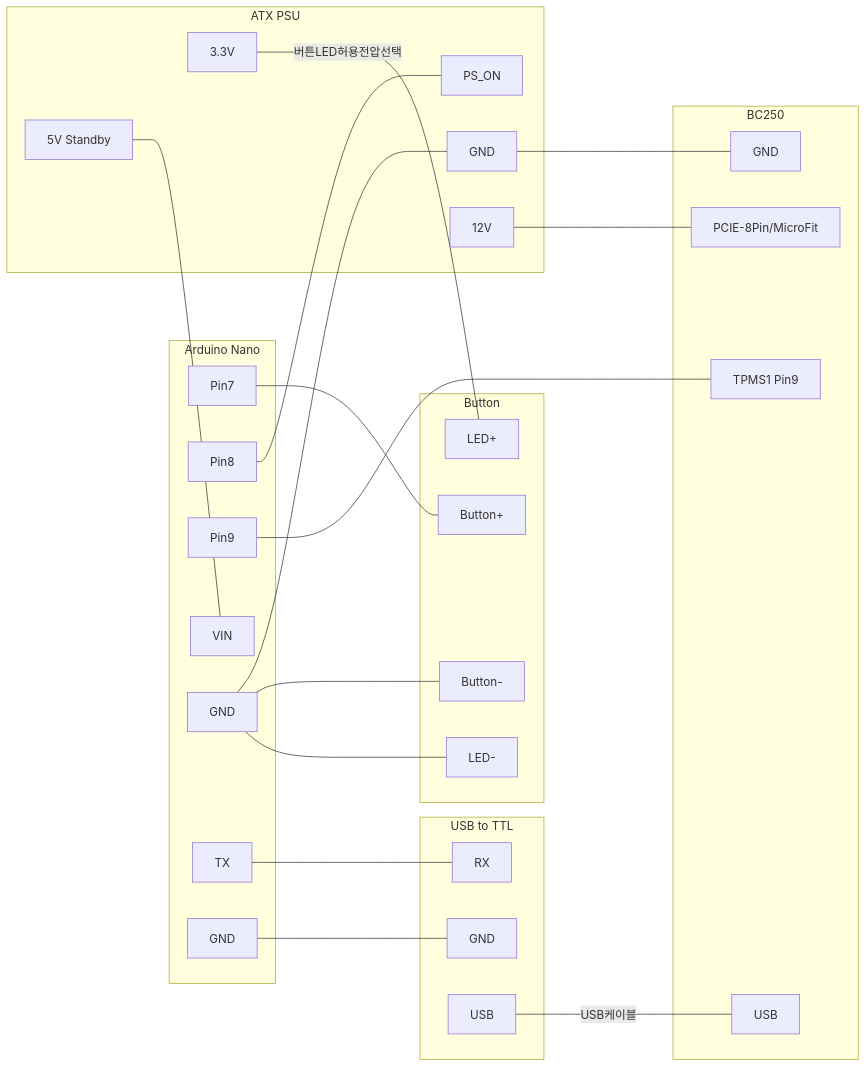
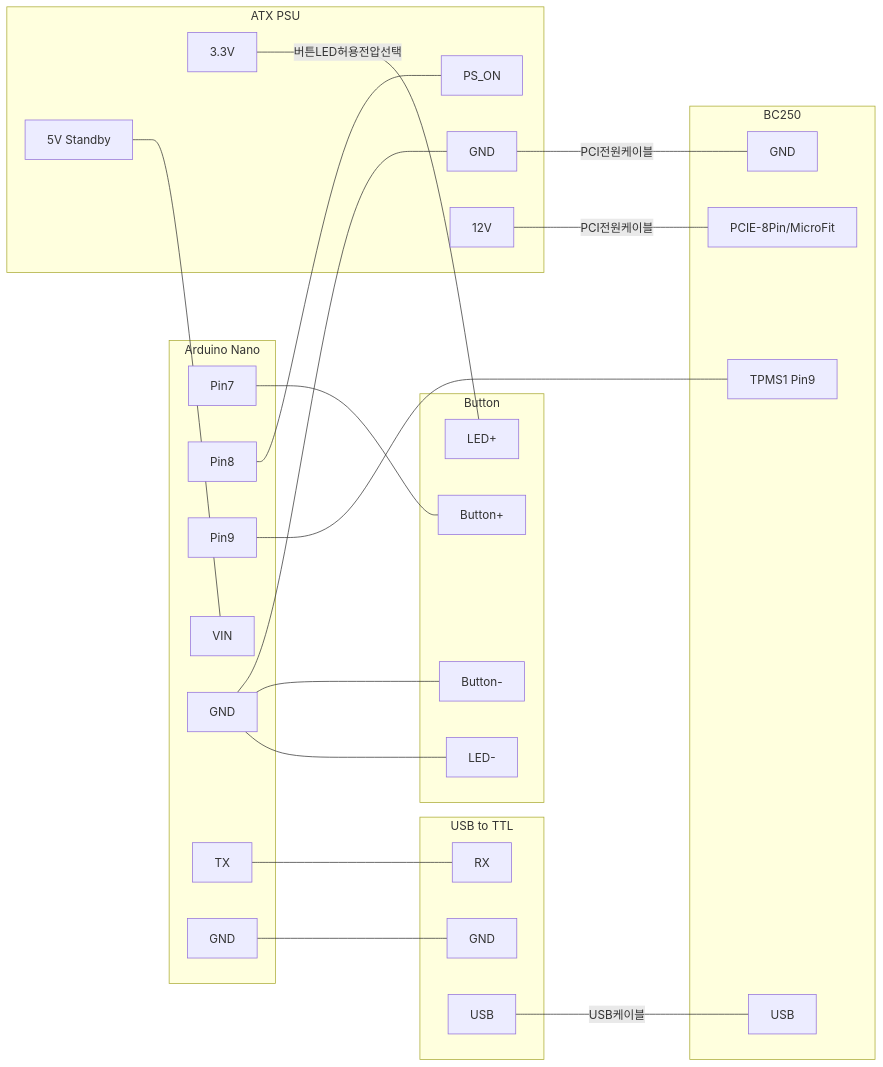
Before and after one commit to coolsolgit/BC250-ATX-PSU-Control: the second of 2 diagrams in README.md, drawn with Mermaid.

````diff
--- a/README.md
+++ b/README.md
@@ -52,49 +52,49 @@
 ```mermaid
 flowchart LR
   subgraph Arduino Nano
     P7[Pin7]
     P8[Pin8]
     P9[Pin9]
     VIN[VIN]
     AGND[GND]
     TX[TX]
     ATGND[GND]
   end
   subgraph BC250
     TPMS[TPMS1 Pin9]
     BUSB[USB]
     PCIE[PCIE-8Pin/MicroFit]
     BGND[GND]
   end
   subgraph USB to TTL
     RX[RX]
     UGND[GND]
     UUSB[USB]
   end
   subgraph ATX PSU
     5V[5V Standby]
     3.3V[3.3V]
     PS_ON[PS_ON]
     PGND[GND]
     12V[12V]
   end
   subgraph Button
     BTN1[Button+]
     BTN2[Button-]
     LED1[LED+]
     LED2[LED-]
   end
   UUSB ---|USB케이블| BUSB
   TX --- RX
   P7 --- BTN1
   P8 --- PS_ON
   P9 --- TPMS
   AGND --- PGND
   AGND --- BTN2
   AGND --- LED2
   ATGND --- UGND
   3.3V ---|버튼LED허용전압선택| LED1
   5V --- VIN
-  12V --- PCIE
-  PGND ---- BGND
+  12V ---|PCI전원케이블| PCIE
+  PGND ----|PCI전원케이블| BGND
 ```
````
